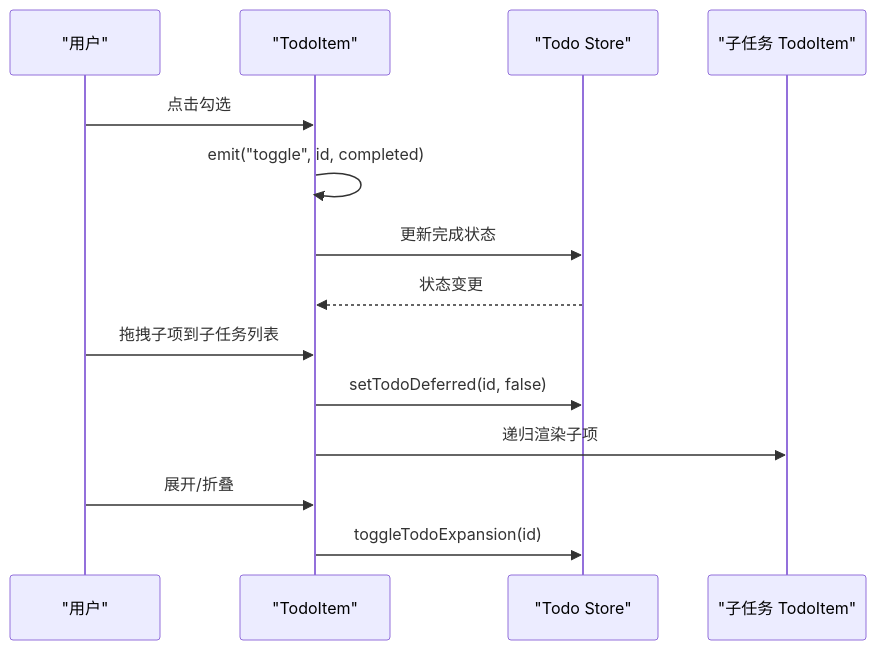
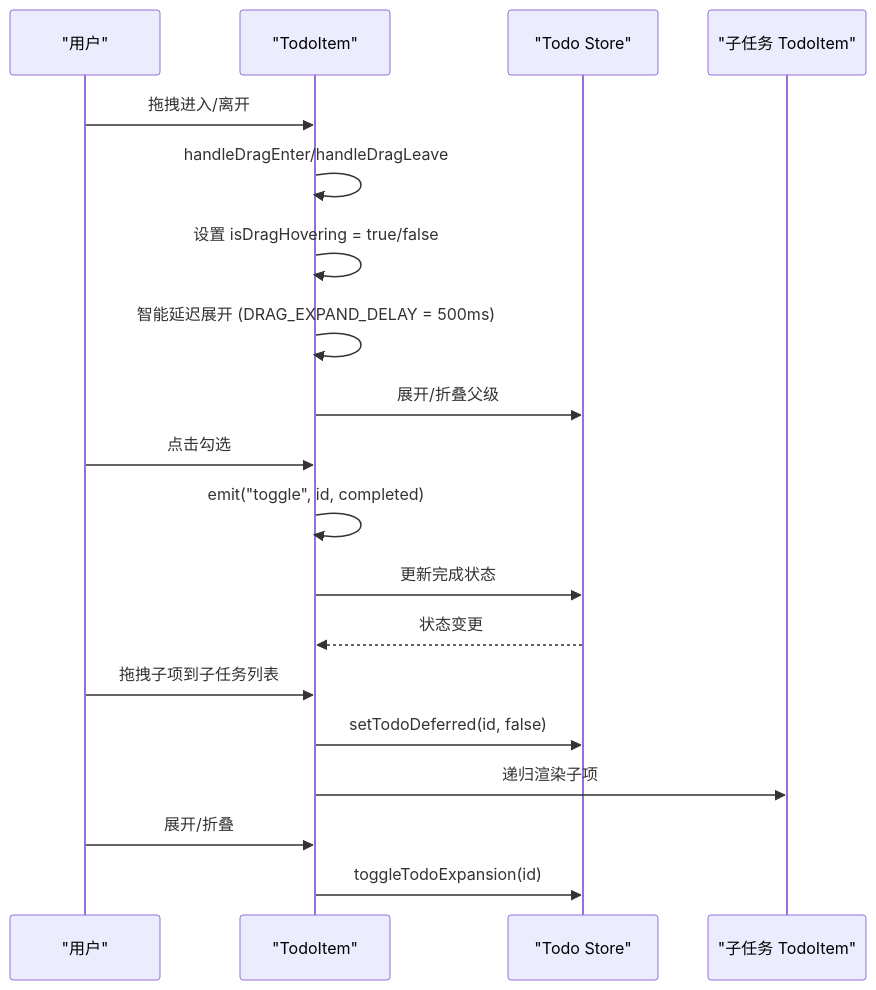
One commit to xixixiaoyu/Todo changed the fourth of 6 diagrams in .qoder/repowiki/zh/content/核心模块/任务管理系统/任务UI组件.md. Above: the diagram before and after it, drawn with Mermaid. The commit also changed other lines of this file and 2 other files, not shown here.

````diff
--- a/.qoder/repowiki/zh/content/核心模块/任务管理系统/任务UI组件.md
+++ b/.qoder/repowiki/zh/content/核心模块/任务管理系统/任务UI组件.md
@@ -172,16 +173,21 @@
 ```mermaid
 sequenceDiagram
 participant U as "用户"
 participant TI as "TodoItem"
 participant ST as "Todo Store"
 participant TI2 as "子任务 TodoItem"
+U->>TI : 拖拽进入/离开
+TI->>TI : handleDragEnter/handleDragLeave
+TI->>TI : 设置 isDragHovering = true/false
+TI->>TI : 智能延迟展开 (DRAG_EXPAND_DELAY = 500ms)
+TI->>ST : 展开/折叠父级
 U->>TI : 点击勾选
 TI->>TI : emit("toggle", id, completed)
 TI->>ST : 更新完成状态
 ST-->>TI : 状态变更
 U->>TI : 拖拽子项到子任务列表
 TI->>ST : setTodoDeferred(id, false)
 TI->>TI2 : 递归渲染子项
 U->>TI : 展开/折叠
 TI->>ST : toggleTodoExpansion(id)
 ```
````
